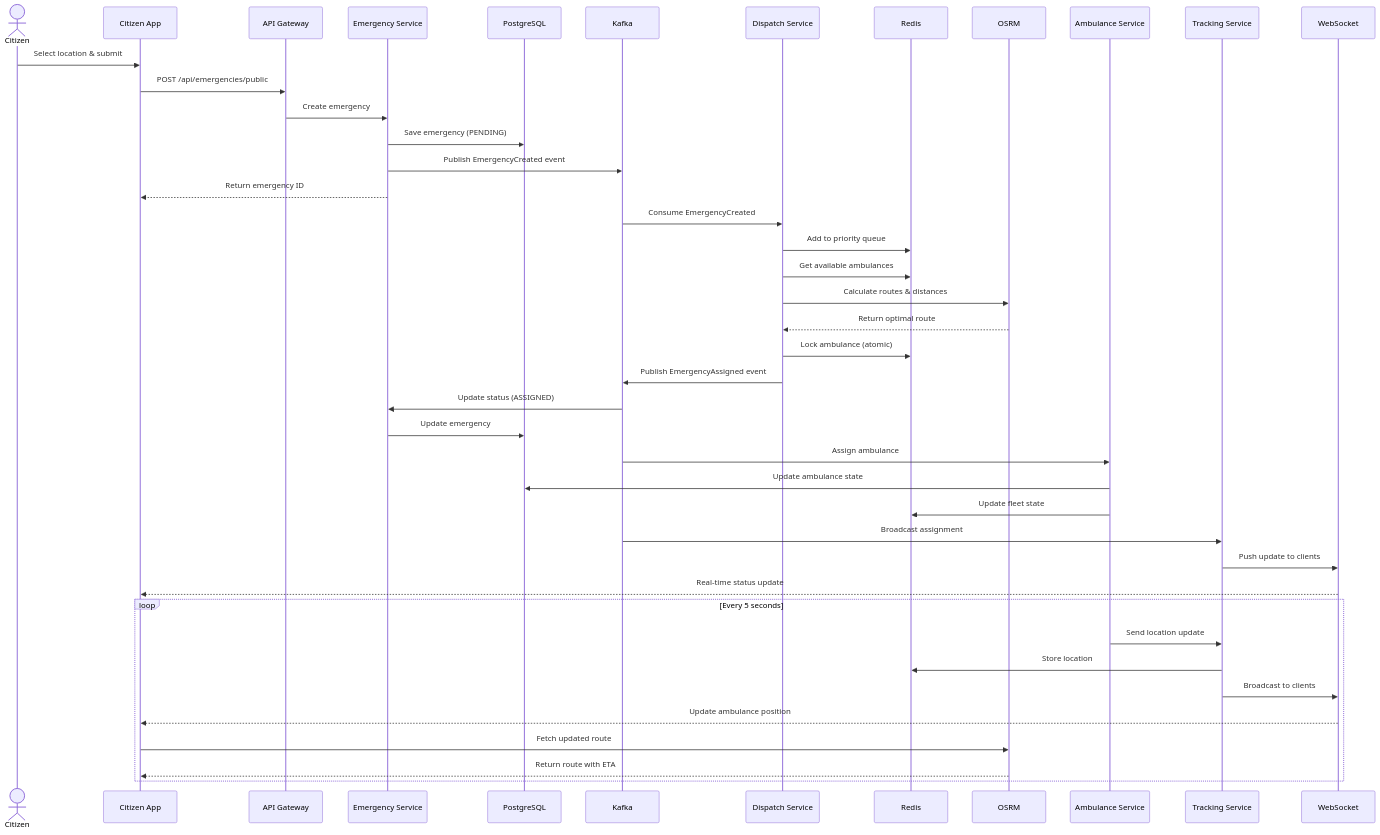
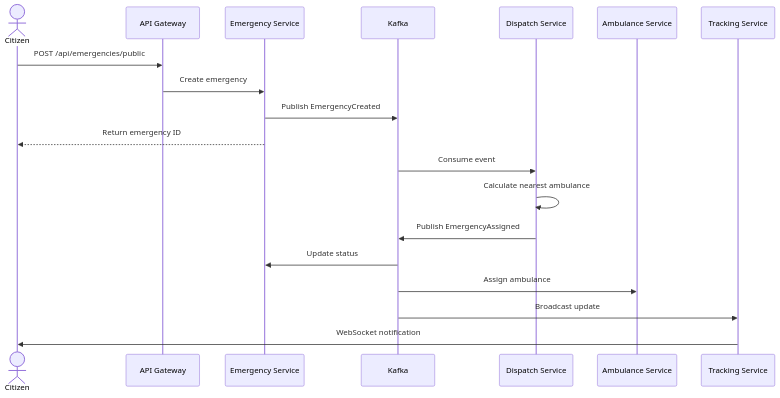
One commit to bhosalevivek04/Emergency-Dispatch-System changed the second of 3 diagrams in README.md. Above: the diagram before and after it, drawn with Mermaid. The commit also changed other lines of this file, not shown here.

````diff
--- a/README.md
+++ b/README.md
@@ -98,50 +90,24 @@
 ```mermaid
 sequenceDiagram
     actor Citizen
-    participant Frontend as Citizen App
     participant Gateway as API Gateway
     participant Emergency as Emergency Service
-    participant DB as PostgreSQL
     participant Kafka
     participant Dispatch as Dispatch Service
-    participant Redis
-    participant OSRM
     participant Ambulance as Ambulance Service
     participant Tracking as Tracking Service
-    participant WS as WebSocket
 
-    Citizen->>Frontend: Select location & submit
-    Frontend->>Gateway: POST /api/emergencies/public
+    Citizen->>Gateway: POST /api/emergencies/public
     Gateway->>Emergency: Create emergency
-    Emergency->>DB: Save emergency (PENDING)
-    Emergency->>Kafka: Publish EmergencyCreated event
-    Emergency-->>Frontend: Return emergency ID
+    Emergency->>Kafka: Publish EmergencyCreated
+    Emergency-->>Citizen: Return emergency ID
     
-    Kafka->>Dispatch: Consume EmergencyCreated
-    Dispatch->>Redis: Add to priority queue
-    Dispatch->>Redis: Get available ambulances
-    Dispatch->>OSRM: Calculate routes & distances
-    OSRM-->>Dispatch: Return optimal route
-    Dispatch->>Redis: Lock ambulance (atomic)
-    Dispatch->>Kafka: Publish EmergencyAssigned event
+    Kafka->>Dispatch: Consume event
+    Dispatch->>Dispatch: Calculate nearest ambulance
+    Dispatch->>Kafka: Publish EmergencyAssigned
     
-    Kafka->>Emergency: Update status (ASSIGNED)
-    Emergency->>DB: Update emergency
-    
+    Kafka->>Emergency: Update status
     Kafka->>Ambulance: Assign ambulance
-    Ambulance->>DB: Update ambulance state
-    Ambulance->>Redis: Update fleet state
-    
-    Kafka->>Tracking: Broadcast assignment
-    Tracking->>WS: Push update to clients
-    WS-->>Frontend: Real-time status update
-    
-    loop Every 5 seconds
-        Ambulance->>Tracking: Send location update
-        Tracking->>Redis: Store location
-        Tracking->>WS: Broadcast to clients
-        WS-->>Frontend: Update ambulance position
-        Frontend->>OSRM: Fetch updated route
-        OSRM-->>Frontend: Return route with ETA
-    end
+    Kafka->>Tracking: Broadcast update
+    Tracking->>Citizen: WebSocket notification
 ```
````
